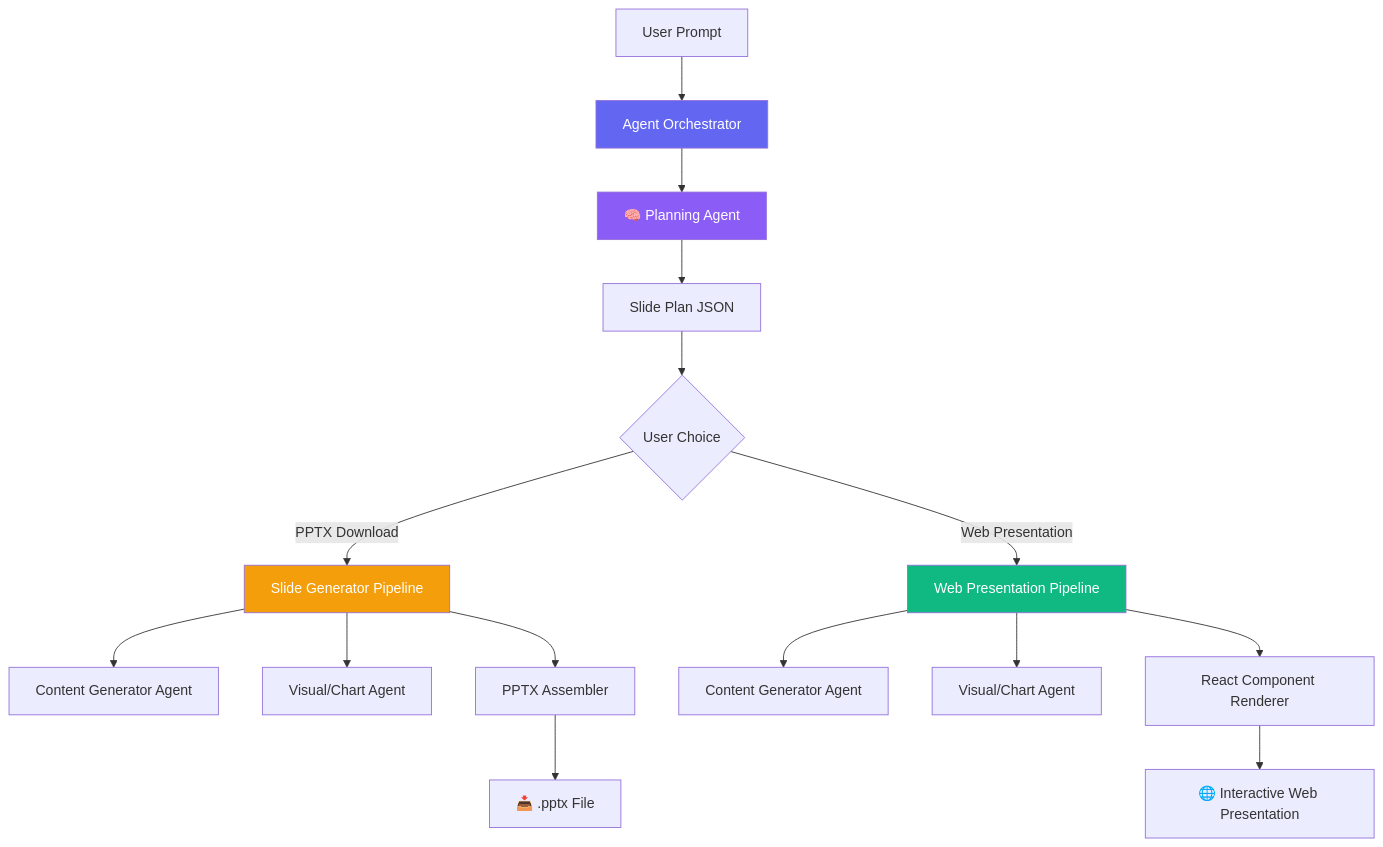
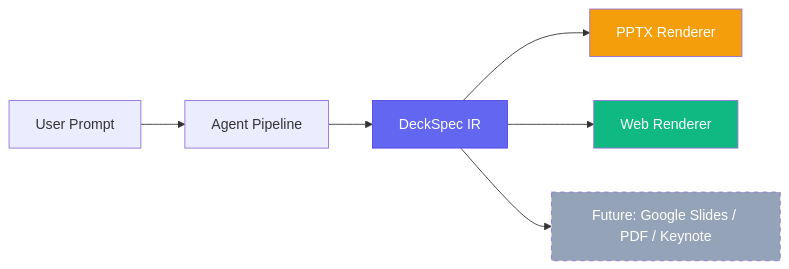
Before and after one commit to shfahiim/AgentSlide: the first of 4 diagrams in docs/architecture.md, drawn with Mermaid. The commit also changed other lines of this file and 1 other file, not shown here.

Commit message:
docs: overhaul architecture documentation with detailed design principles, tech stack, data models, and agent workflow, and add an implementation guide.

````diff
--- a/docs/architecture.md
+++ b/docs/architecture.md
@@ -21,24 +27,13 @@
 ```mermaid
-graph TD
-    A[User Prompt] --> B[Agent Orchestrator]
-    B --> C[🧠 Planning Agent]
-    C --> D[Slide Plan JSON]
-    D --> E{User Choice}
-    E -->|PPTX Download| F[Slide Generator Pipeline]
-    E -->|Web Presentation| G[Web Presentation Pipeline]
+graph LR
+    A[User Prompt] --> B[Agent Pipeline]
+    B --> C[DeckSpec IR]
+    C --> D[PPTX Renderer]
+    C --> E[Web Renderer]
+    C --> F[Future: Google Slides / PDF / Keynote]
     
-    F --> F1[Content Generator Agent]
-    F --> F2[Visual/Chart Agent]
-    F --> F3[PPTX Assembler]
-    F3 --> H[📥 .pptx File]
-    
-    G --> G1[Content Generator Agent]
-    G --> G2[Visual/Chart Agent]
-    G --> G3[React Component Renderer]
-    G3 --> I[🌐 Interactive Web Presentation]
-    
-    style B fill:#6366f1,color:#fff
-    style C fill:#8b5cf6,color:#fff
-    style F fill:#f59e0b,color:#fff
-    style G fill:#10b981,color:#fff
+    style C fill:#6366f1,color:#fff,stroke:#4f46e5
+    style D fill:#f59e0b,color:#fff
+    style E fill:#10b981,color:#fff
+    style F fill:#94a3b8,color:#fff,stroke-dasharray: 5 5
 ```
````
